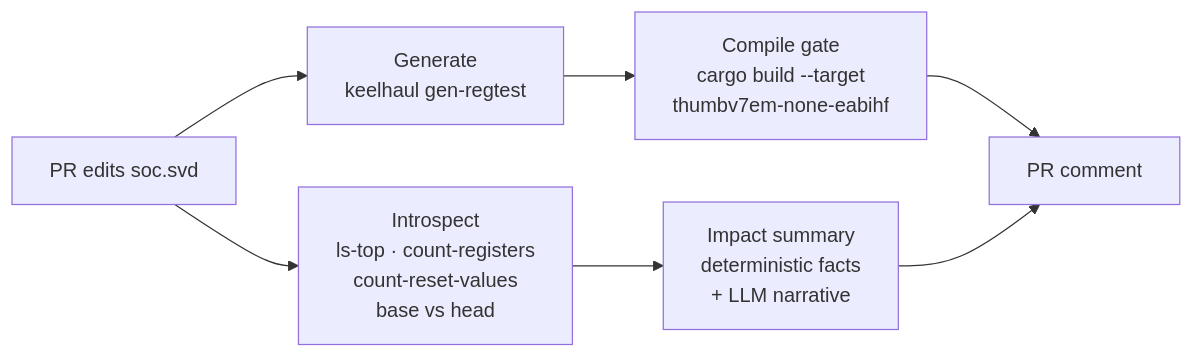
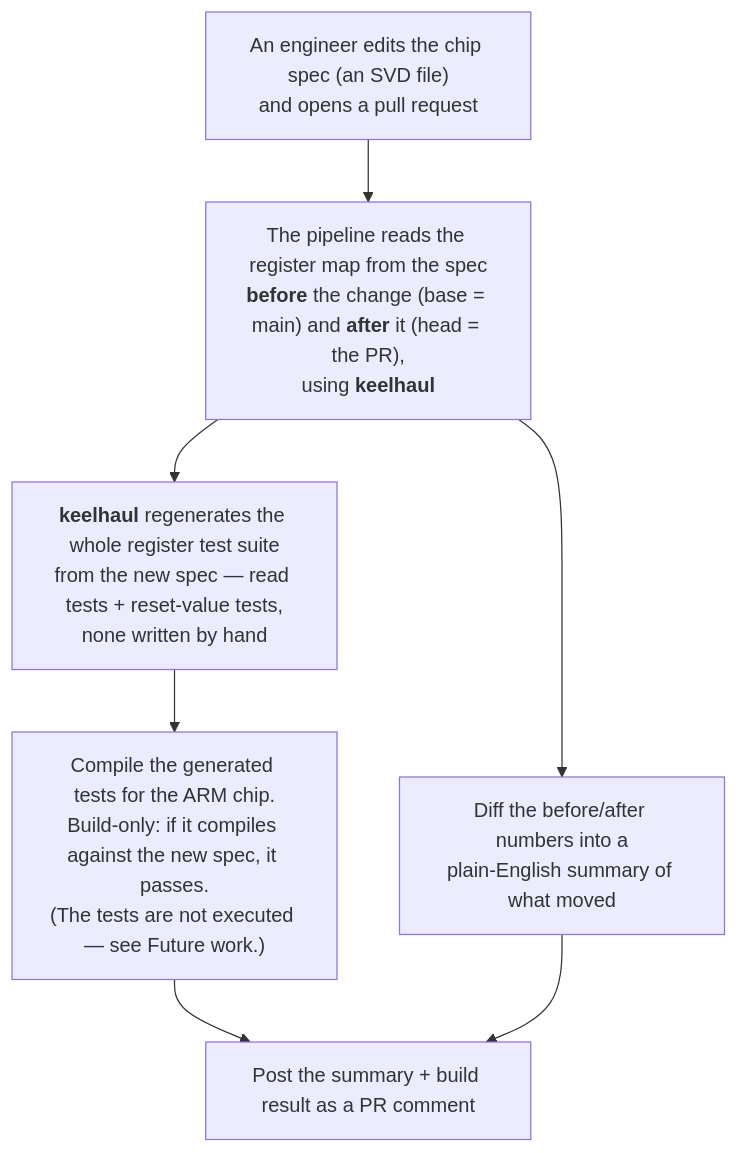
One commit to Tabrez-dev/Spec-Driven-Register-Verification-Pipeline changed the diagram in README.md. Above: the diagram before and after it, drawn with Mermaid. The commit also changed other lines of this file, not shown here.

Commit message:
docs: beginner-friendly flow diagram; clarify build-only, base vs head

````diff
--- a/README.md
+++ b/README.md
@@ -24,9 +24,10 @@
 ```mermaid
-flowchart LR
-    A[PR edits soc.svd] --> B[Introspect<br/>ls-top · count-registers<br/>count-reset-values<br/>base vs head]
-    A --> C[Generate<br/>keelhaul gen-regtest]
-    C --> D[Compile gate<br/>cargo build --target<br/>thumbv7em-none-eabihf]
-    B --> E[Impact summary<br/>deterministic facts<br/>+ LLM narrative]
-    D --> F[PR comment]
-    E --> F
+flowchart TB
+    A["An engineer edits the chip spec (an SVD file)<br/>and opens a pull request"]
+    A --> B["The pipeline reads the register map from the spec<br/><b>before</b> the change (base = main) and <b>after</b> it (head = the PR),<br/>using <b>keelhaul</b>"]
+    B --> C["<b>keelhaul</b> regenerates the whole register test suite<br/>from the new spec — read tests + reset-value tests,<br/>none written by hand"]
+    B --> D["Diff the before/after numbers into a<br/>plain-English summary of what moved"]
+    C --> E["Compile the generated tests for the ARM chip.<br/>Build-only: if it compiles against the new spec, it passes.<br/>(The tests are not executed — see Future work.)"]
+    E --> F["Post the summary + build result as a PR comment"]
+    D --> F
 ```
````
